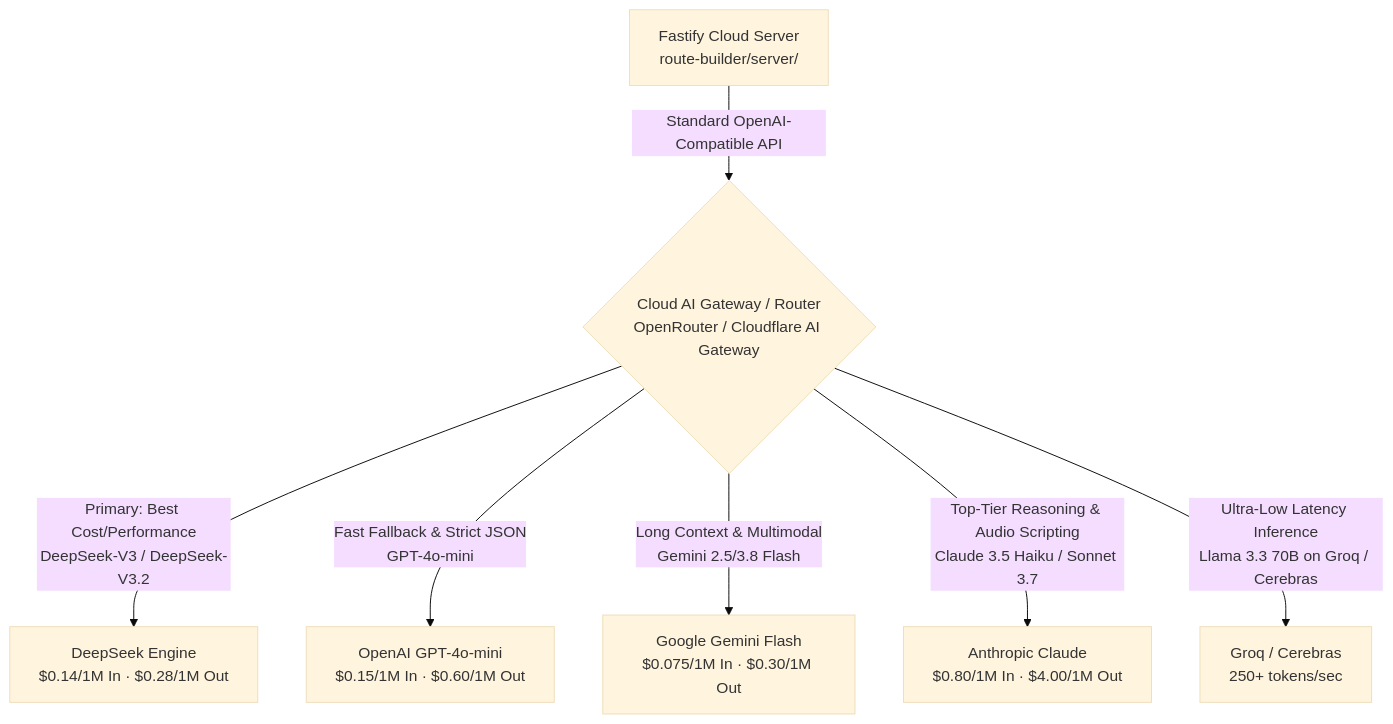
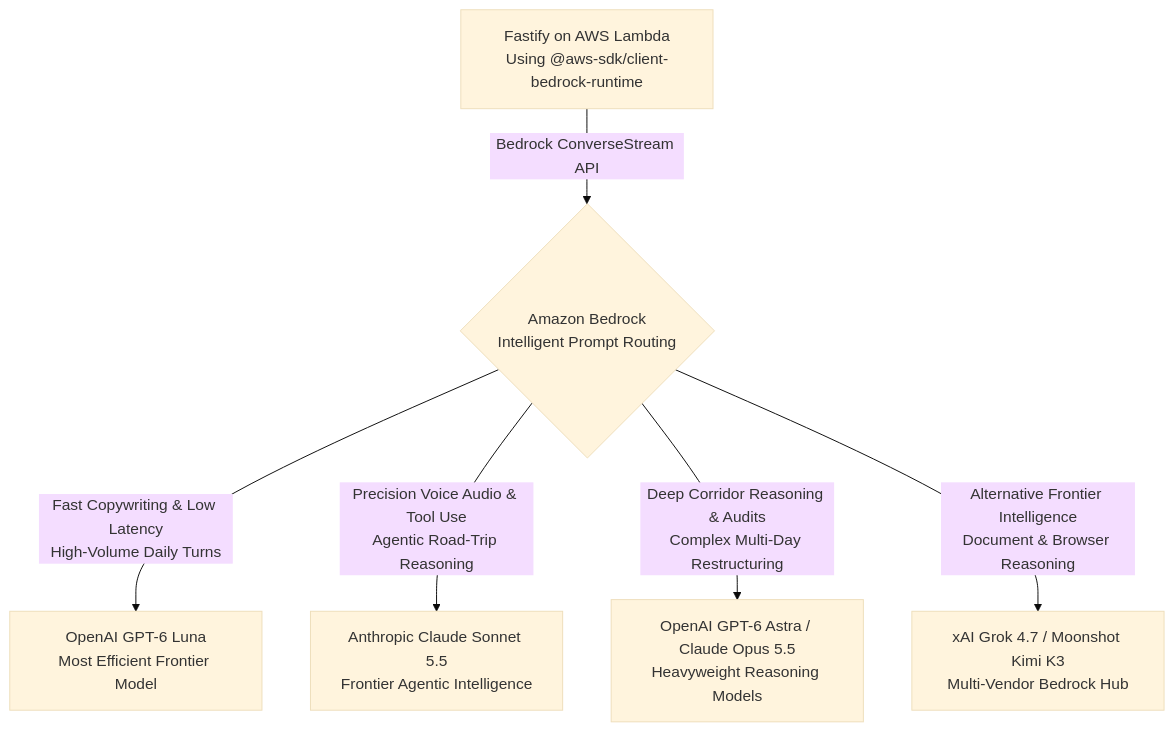
One commit to ecoonradt/roadtrip-copilot changed the third of 6 diagrams in docs/route_scout_cloud_architecture.md. Above: the diagram before and after it, drawn with Mermaid (base theme). The commit also changed other lines of this file, not shown here.

Commit message:
docs: modernize cloud architecture with AWS Bedrock frontier models, zero-trust auth, and total cost recovery

````diff
--- a/docs/route_scout_cloud_architecture.md
+++ b/docs/route_scout_cloud_architecture.md
@@ -113,10 +121,9 @@
 ```mermaid
 flowchart TD
-    Fastify[Fastify Cloud Server\nroute-builder/server/] -->|Standard OpenAI-Compatible API| Proxy{Cloud AI Gateway / Router\nOpenRouter / Cloudflare AI Gateway}
+    Fastify[Fastify on AWS Lambda\nUsing @aws-sdk/client-bedrock-runtime] -->|Bedrock ConverseStream API| BedrockRouter{Amazon Bedrock\nIntelligent Prompt Routing}
     
-    Proxy -->|Primary: Best Cost/Performance\nDeepSeek-V3 / DeepSeek-V3.2| DeepSeek[DeepSeek Engine\n$0.14/1M In · $0.28/1M Out]
-    Proxy -->|Fast Fallback & Strict JSON\nGPT-4o-mini| OpenAI[OpenAI GPT-4o-mini\n$0.15/1M In · $0.60/1M Out]
-    Proxy -->|Long Context & Multimodal\nGemini 2.5/3.8 Flash| Gemini[Google Gemini Flash\n$0.075/1M In · $0.30/1M Out]
-    Proxy -->|Top-Tier Reasoning & Audio Scripting\nClaude 3.5 Haiku / Sonnet 3.7| Claude[Anthropic Claude\n$0.80/1M In · $4.00/1M Out]
-    Proxy -->|Ultra-Low Latency Inference\nLlama 3.3 70B on Groq / Cerebras| Groq[Groq / Cerebras\n250+ tokens/sec]
+    BedrockRouter -->|Fast Copywriting & Low Latency\nHigh-Volume Daily Turns| GPT6Luna[OpenAI GPT-6 Luna\nMost Efficient Frontier Model]
+    BedrockRouter -->|Precision Voice Audio & Tool Use\nAgentic Road-Trip Reasoning| ClaudeSonnet[Anthropic Claude Sonnet 5.5\nFrontier Agentic Intelligence]
+    BedrockRouter -->|Deep Corridor Reasoning & Audits\nComplex Multi-Day Restructuring| GPT6Astra[OpenAI GPT-6 Astra / Claude Opus 5.5\nHeavyweight Reasoning Models]
+    BedrockRouter -->|Alternative Frontier Intelligence\nDocument & Browser Reasoning| Grok[xAI Grok 4.7 / Moonshot Kimi K3\nMulti-Vendor Bedrock Hub]
 ```
````
